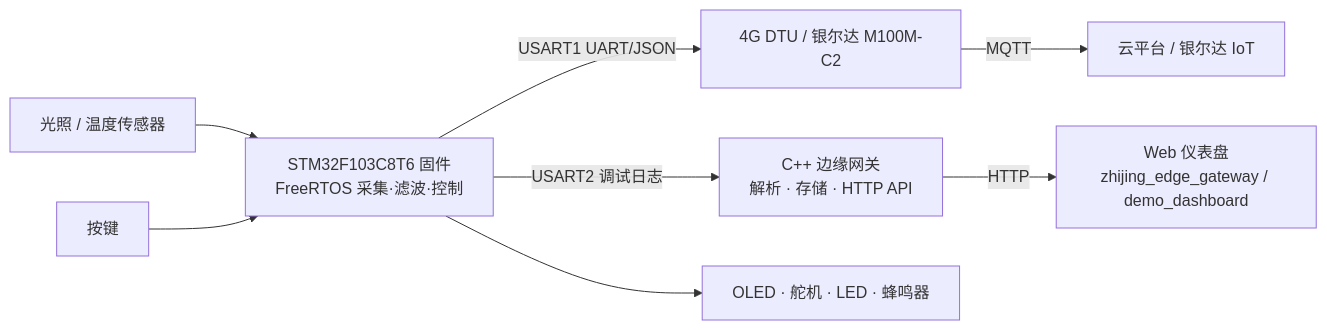
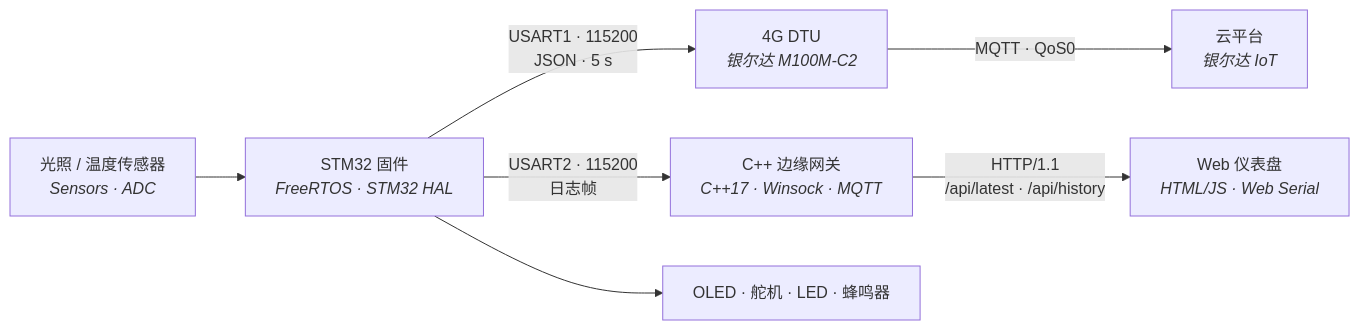
Before and after one commit to Indulge125/smart-env-monitor: the second of 2 diagrams in README.md, drawn with Mermaid. The commit also changed other lines of this file, not shown here.

Commit message:
docs(readme): 系统设计/端到端链路改 Mermaid 双图（中文为主+英文技术栈标注），新增技术栈总览表与 CI 徽章，页面排版整体美化

````diff
--- a/README.md
+++ b/README.md
@@ -143,10 +171,9 @@
 ```mermaid
 flowchart LR
-    S[光照 / 温度传感器] --> F[STM32F103C8T6 固件<br/>FreeRTOS 采集·滤波·控制]
-    K[按键] --> F
-    F -->|USART1 UART/JSON| D[4G DTU / 银尔达 M100M-C2]
-    F -->|USART2 调试日志| G[C++ 边缘网关<br/>解析 · 存储 · HTTP API]
-    D -->|MQTT| C[云平台 / 银尔达 IoT]
-    G -->|HTTP| W[Web 仪表盘<br/>zhijing_edge_gateway / demo_dashboard]
-    F --> O[OLED · 舵机 · LED · 蜂鸣器]
+    S["光照 / 温度传感器<br/><i>Sensors · ADC</i>"] --> F["STM32 固件<br/><i>FreeRTOS · STM32 HAL</i>"]
+    F -->|"USART1 · 115200<br/>JSON · 5 s"| D["4G DTU<br/><i>银尔达 M100M-C2</i>"]
+    F -->|"USART2 · 115200<br/>日志帧"| G["C++ 边缘网关<br/><i>C++17 · Winsock · MQTT</i>"]
+    D -->|"MQTT · QoS0"| C["云平台<br/><i>银尔达 IoT</i>"]
+    G -->|"HTTP/1.1<br/>/api/latest · /api/history"| W["Web 仪表盘<br/><i>HTML/JS · Web Serial</i>"]
+    F --> O["OLED · 舵机 · LED · 蜂鸣器"]
 ```
````
